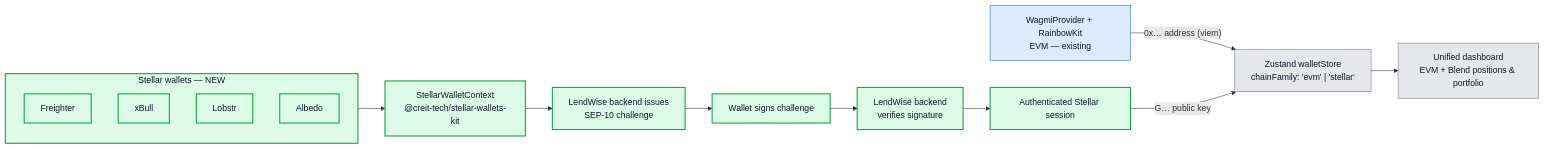
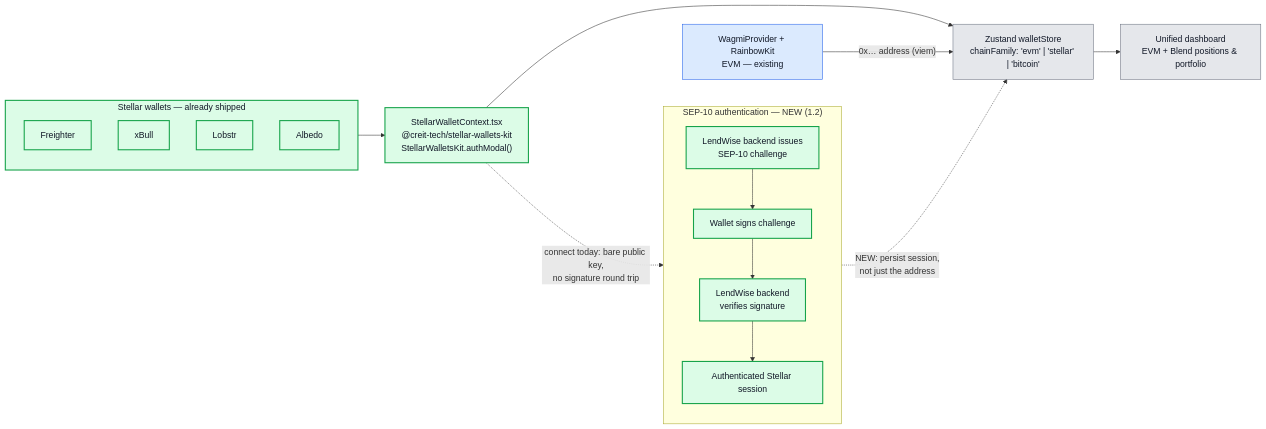
The third of 3 diagrams in docs/architecture-blend-flow.md (cedricmagne/lendwise), drawn with Mermaid before and after one commit. The commit also changed other lines of this file and 1 other file, not shown here.

Commit message:
chore: update architecture stellar & bland diagram

````diff
--- a/docs/architecture-blend-flow.md
+++ b/docs/architecture-blend-flow.md
@@ -139,27 +161,35 @@
 ```mermaid
 flowchart LR
-    subgraph Wallets["Stellar wallets — NEW"]
+    subgraph Wallets["Stellar wallets — already shipped"]
         direction TB
         Freighter["Freighter"]
         XBull["xBull"]
         Lobstr["Lobstr"]
         Albedo["Albedo"]
     end
 
-    Wallets --> StellarKit["StellarWalletContext<br/>@creit-tech/stellar-wallets-kit"]
-    StellarKit --> Challenge["LendWise backend issues<br/>SEP-10 challenge"]
-    Challenge --> Sign["Wallet signs challenge"]
-    Sign --> Verify["LendWise backend<br/>verifies signature"]
-    Verify --> Session["Authenticated Stellar session"]
+    Wallets --> StellarKit["StellarWalletContext.tsx<br/>@creit-tech/stellar-wallets-kit<br/>StellarWalletsKit.authModal()"]
+    StellarKit --> Store["Zustand walletStore<br/>chainFamily: 'evm' | 'stellar' | 'bitcoin'"]
 
-    Wagmi["WagmiProvider + RainbowKit<br/>EVM — existing"] -->|"0x… address (viem)"| Store["Zustand walletStore<br/>chainFamily: 'evm' | 'stellar'"]
-    Session -->|"G… public key"| Store
+    subgraph SEP10["SEP-10 authentication — NEW (1.2)"]
+        direction TB
+        Challenge["LendWise backend issues<br/>SEP-10 challenge"]
+        Sign["Wallet signs challenge"]
+        Verify["LendWise backend<br/>verifies signature"]
+        Session["Authenticated Stellar session"]
+        Challenge --> Sign --> Verify --> Session
+    end
+
+    StellarKit -.->|"connect today: bare public key,<br/>no signature round trip"| Challenge
+    Session -.->|"NEW: persist session,<br/>not just the address"| Store
+
+    Wagmi["WagmiProvider + RainbowKit<br/>EVM — existing"] -->|"0x… address (viem)"| Store
     Store --> Dashboard["Unified dashboard<br/>EVM + Blend positions & portfolio"]
 
     classDef core fill:#e5e7eb,stroke:#6b7280,color:#111827;
     classDef evm fill:#dbeafe,stroke:#2563eb,color:#111827;
     classDef stellar fill:#dcfce7,stroke:#16a34a,color:#111827,stroke-width:2px;
     class Store,Dashboard core;
     class Wagmi evm;
     class Wallets,Freighter,XBull,Lobstr,Albedo,StellarKit,Challenge,Sign,Verify,Session stellar;
 ```
````
